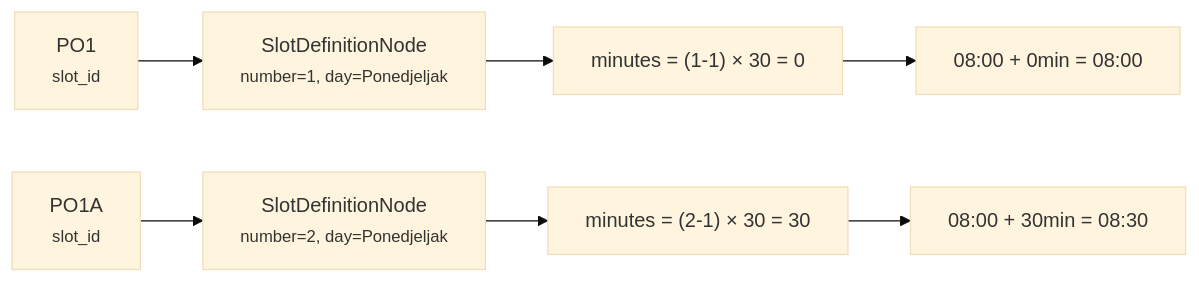
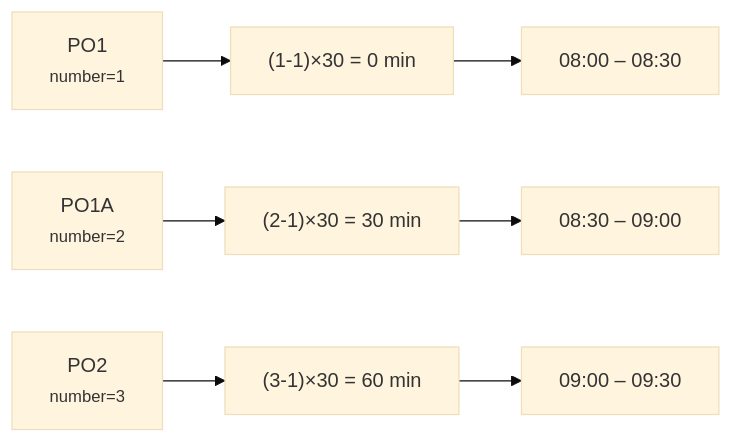
The fourth of 8 diagrams in discussion.md (ezajko/tt2gwscal-sync), drawn with Mermaid (base theme) before and after one commit. The commit also changed other lines of this file, not shown here.

````diff
--- a/discussion.md
+++ b/discussion.md
@@ -760,10 +622,11 @@
 ```mermaid
 graph LR
-    A["PO1<br/><small>slot_id</small>"] --> B["SlotDefinitionNode<br/><small>number=1, day=Ponedjeljak</small>"]
-    B --> C["minutes = (1-1) × 30 = 0"]
-    C --> D["08:00 + 0min = 08:00"]
+    A["PO1<br/><small>number=1</small>"] --> B["(1-1)×30 = 0 min"]
+    B --> C["08:00 – 08:30"]
 
-    E["PO1A<br/><small>slot_id</small>"] --> F["SlotDefinitionNode<br/><small>number=2, day=Ponedjeljak</small>"]
-    F --> G["minutes = (2-1) × 30 = 30"]
-    G --> H["08:00 + 30min = 08:30"]
+    D["PO1A<br/><small>number=2</small>"] --> E["(2-1)×30 = 30 min"]
+    E --> F["08:30 – 09:00"]
+
+    G["PO2<br/><small>number=3</small>"] --> H["(3-1)×30 = 60 min"]
+    H --> I["09:00 – 09:30"]
 ```
````
